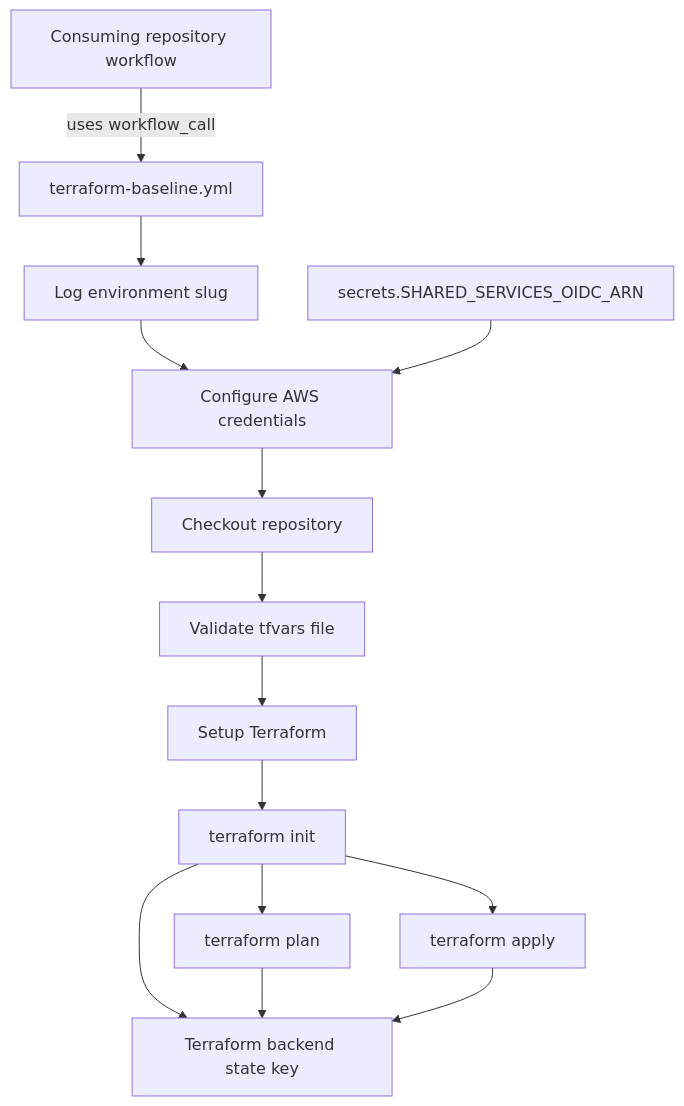
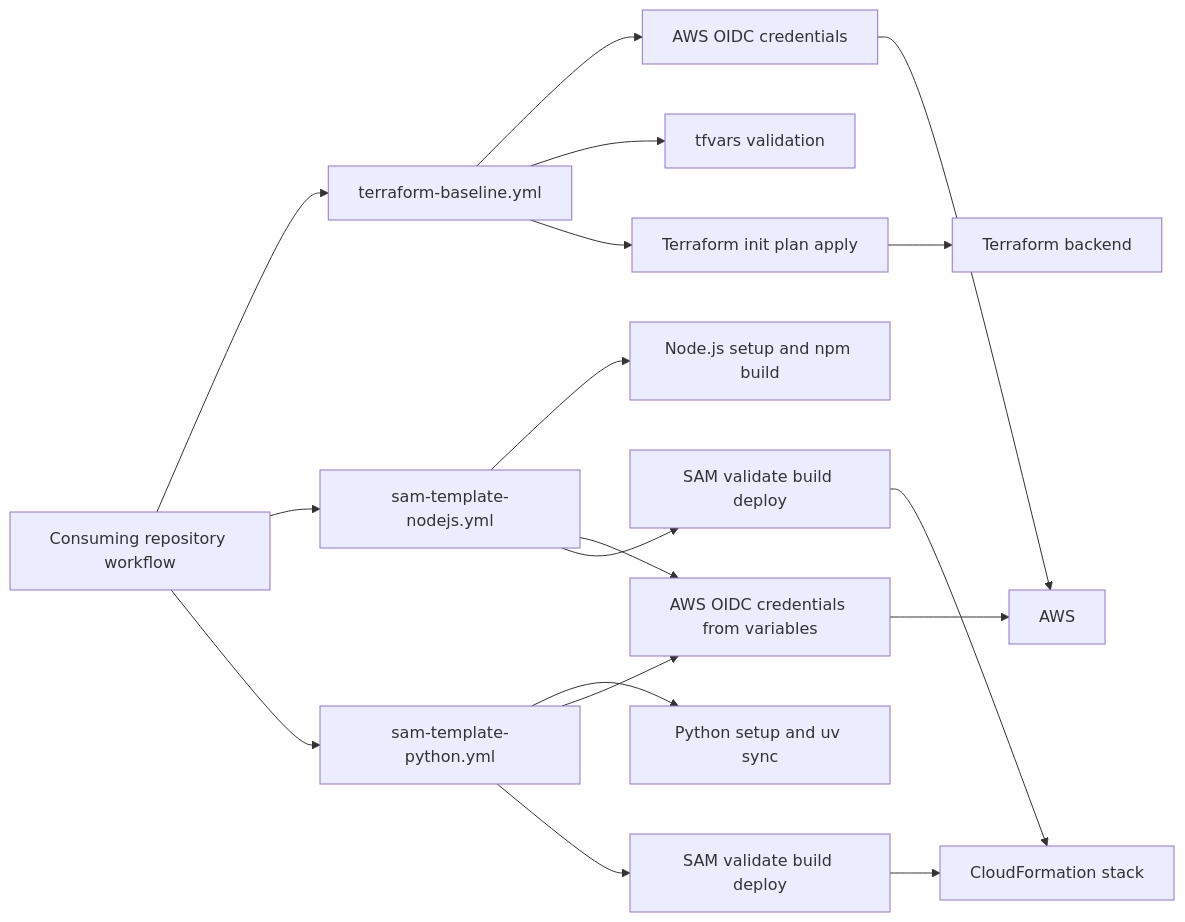
The diagram in docs/ARCHITECTURE.md (Copper-Forge/cf-infra-reusable-workflows), drawn with Mermaid before and after one commit. The commit also changed other lines of this file and 6 other files, not shown here.

````diff
--- a/docs/ARCHITECTURE.md
+++ b/docs/ARCHITECTURE.md
@@ -5,16 +5,24 @@
 ```mermaid
-flowchart TD
-  Caller[Consuming repository workflow] -->|uses workflow_call| Reusable[terraform-baseline.yml]
-  Reusable --> Resolve[Log environment slug]
-  Resolve --> Auth[Configure AWS credentials]
-  Secret[secrets.SHARED_SERVICES_OIDC_ARN] --> Auth
-  Auth --> Checkout[Checkout repository]
-  Checkout --> Validate[Validate tfvars file]
-  Validate --> Setup[Setup Terraform]
-  Setup --> Init[terraform init]
-  Init --> Plan[terraform plan]
-  Init --> Apply[terraform apply]
-  Init --> Backend[Terraform backend state key]
-  Plan --> Backend
-  Apply --> Backend
+flowchart LR
+  Caller[Consuming repository workflow] --> Terraform[terraform-baseline.yml]
+  Caller --> SamNode[sam-template-nodejs.yml]
+  Caller --> SamPython[sam-template-python.yml]
+
+  Terraform --> TfAuth[AWS OIDC credentials]
+  Terraform --> TfValidate[tfvars validation]
+  Terraform --> TfRun[Terraform init plan apply]
+  TfAuth --> Aws[AWS]
+  TfRun --> TfBackend[Terraform backend]
+
+  SamNode --> NodeSetup[Node.js setup and npm build]
+  SamNode --> SamAuth[AWS OIDC credentials from variables]
+  SamNode --> SamCliNode[SAM validate build deploy]
+
+  SamPython --> PythonSetup[Python setup and uv sync]
+  SamPython --> SamAuth
+  SamPython --> SamCliPython[SAM validate build deploy]
+
+  SamAuth --> Aws
+  SamCliNode --> CloudFormation[CloudFormation stack]
+  SamCliPython --> CloudFormation
 ```
````
